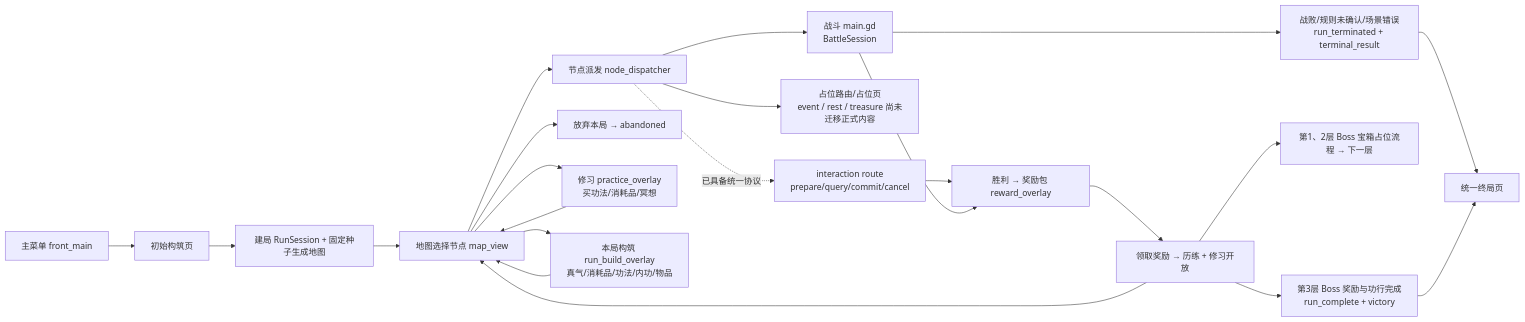
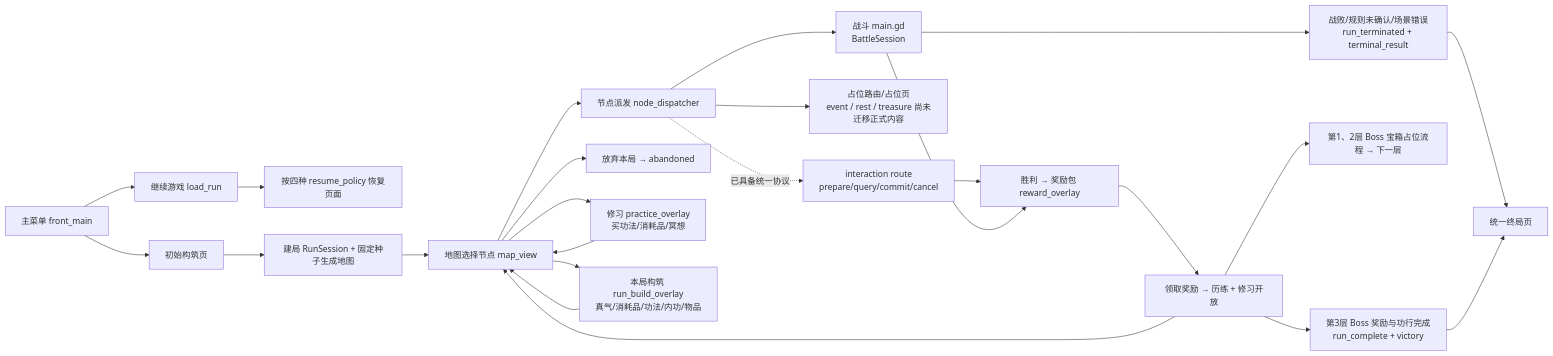
Before and after one commit to duguyumei/games: diagram 13 of 14 in combo_duel_vslice/docs/architecture-diagrams.md, drawn with Mermaid. The commit also changed other lines of this file and 16 other files, not shown here.

````diff
--- a/combo_duel_vslice/docs/architecture-diagrams.md
+++ b/combo_duel_vslice/docs/architecture-diagrams.md
@@ -452,24 +487,26 @@
 ```mermaid
 flowchart LR
     A[主菜单 front_main] --> B[初始构筑页]
+    A --> R[继续游戏 load_run]
+    R --> S[按四种 resume_policy 恢复页面]
     B --> C[建局 RunSession + 固定种子生成地图]
     C --> D[地图选择节点 map_view]
     D --> E[节点派发 node_dispatcher]
     E --> F[战斗 main.gd<br>BattleSession]
     E --> G[占位路由/占位页<br>event / rest / treasure 尚未迁移正式内容]
     E -. 已具备统一协议 .-> O[interaction route<br>prepare/query/commit/cancel]
     O --> H
     F --> H[胜利 → 奖励包 reward_overlay]
     F --> I[战败/规则未确认/场景错误<br>run_terminated + terminal_result]
     H --> J[领取奖励 → 历练 + 修习开放]
     J --> D
     J --> K[第1、2层 Boss 宝箱占位流程 → 下一层]
     J --> M[第3层 Boss 奖励与功行完成<br>run_complete + victory]
     D --> P[放弃本局 → abandoned]
     I --> Q[统一终局页]
     M --> Q
     D --> L[修习 practice_overlay<br>买功法/消耗品/冥想]
     L --> D
     D --> N[本局构筑 run_build_overlay<br>真气/消耗品/功法/内功/物品]
     N --> D
 ```
````
